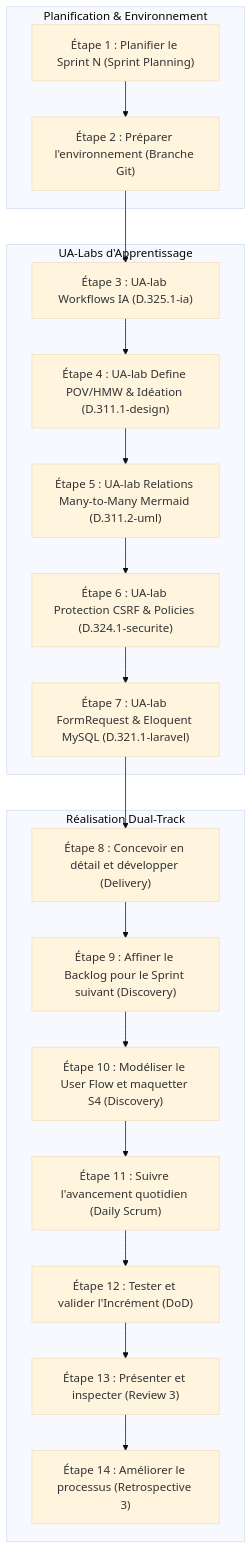
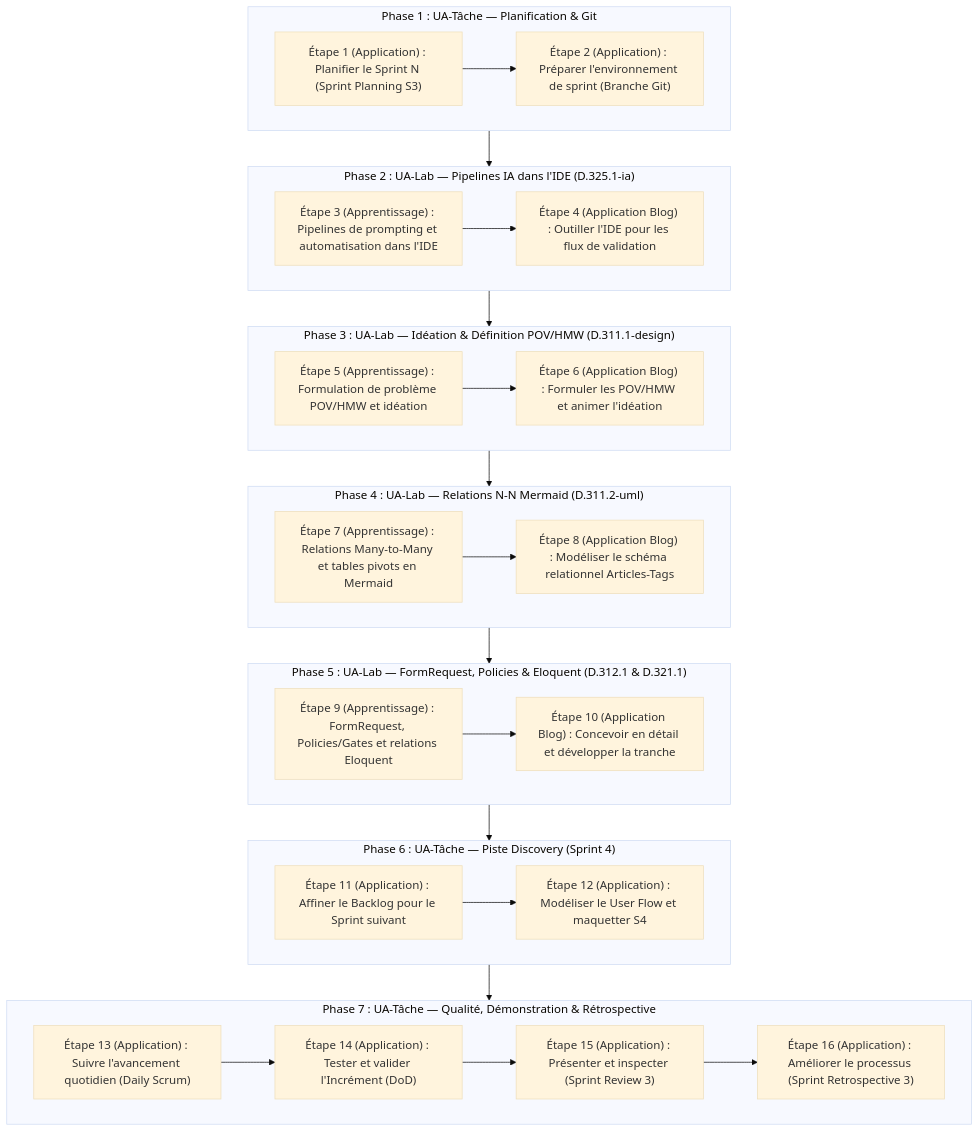
Before and after one commit to labs-web/projet-imiation-n3: the diagram in flux-travail/sessions/flux-travail-s3.md, drawn with Mermaid (base theme). The commit also changed other lines of this file and 12 other files, not shown here.

````diff
--- a/flux-travail/sessions/flux-travail-s3.md
+++ b/flux-travail/sessions/flux-travail-s3.md
@@ -62,24 +60,48 @@
 ```mermaid
 flowchart TD
-    subgraph S3_Prep ["Planification & Environnement"]
-        R1["Étape 1 : Planifier le Sprint N (Sprint Planning)"] --> R2["Étape 2 : Préparer l'environnement (Branche Git)"]
+    subgraph P1 ["Phase 1 : UA-Tâche — Planification & Git"]
+        E1["Étape 1 (Application) : Planifier le Sprint N (Sprint Planning S3)"]
+        E2["Étape 2 (Application) : Préparer l'environnement de sprint (Branche Git)"]
+        E1 --> E2
     end
 
-    subgraph S3_Labs ["UA-Labs d'Apprentissage"]
-        R2 --> U1["Étape 3 : UA-lab Workflows IA (D.325.1-ia)"]
-        U1 --> U2["Étape 4 : UA-lab Define POV/HMW & Idéation (D.311.1-design)"]
-        U2 --> U3["Étape 5 : UA-lab Relations Many-to-Many Mermaid (D.311.2-uml)"]
-        U3 --> U4["Étape 6 : UA-lab Protection CSRF & Policies (D.324.1-securite)"]
-        U4 --> U5["Étape 7 : UA-lab FormRequest & Eloquent MySQL (D.321.1-laravel)"]
+    subgraph P2 ["Phase 2 : UA-Lab — Pipelines IA dans l'IDE (D.325.1-ia)"]
+        E3["Étape 3 (Apprentissage) : Pipelines de prompting et automatisation dans l'IDE"]
+        E4["Étape 4 (Application Blog) : Outiller l'IDE pour les flux de validation"]
+        E3 --> E4
     end
 
-    subgraph S3_Real ["Réalisation Dual-Track"]
-        U5 --> R3["Étape 8 : Concevoir en détail et développer (Delivery)"]
-        R3 --> R4["Étape 9 : Affiner le Backlog pour le Sprint suivant (Discovery)"]
-        R4 --> R5["Étape 10 : Modéliser le User Flow et maquetter S4 (Discovery)"]
-        R5 --> R6["Étape 11 : Suivre l'avancement quotidien (Daily Scrum)"]
-        R6 --> R7["Étape 12 : Tester et valider l'Incrément (DoD)"]
-        R7 --> R8["Étape 13 : Présenter et inspecter (Review 3)"]
-        R8 --> R9["Étape 14 : Améliorer le processus (Retrospective 3)"]
+    subgraph P3 ["Phase 3 : UA-Lab — Idéation & Définition POV/HMW (D.311.1-design)"]
+        E5["Étape 5 (Apprentissage) : Formulation de problème POV/HMW et idéation"]
+        E6["Étape 6 (Application Blog) : Formuler les POV/HMW et animer l'idéation"]
+        E5 --> E6
     end
+
+    subgraph P4 ["Phase 4 : UA-Lab — Relations N-N Mermaid (D.311.2-uml)"]
+        E7["Étape 7 (Apprentissage) : Relations Many-to-Many et tables pivots en Mermaid"]
+        E8["Étape 8 (Application Blog) : Modéliser le schéma relationnel Articles-Tags"]
+        E7 --> E8
+    end
+
+    subgraph P5 ["Phase 5 : UA-Lab — FormRequest, Policies & Eloquent (D.312.1 & D.321.1)"]
+        E9["Étape 9 (Apprentissage) : FormRequest, Policies/Gates et relations Eloquent"]
+        E10["Étape 10 (Application Blog) : Concevoir en détail et développer la tranche"]
+        E9 --> E10
+    end
+
+    subgraph P6 ["Phase 6 : UA-Tâche — Piste Discovery (Sprint 4)"]
+        E11["Étape 11 (Application) : Affiner le Backlog pour le Sprint suivant"]
+        E12["Étape 12 (Application) : Modéliser le User Flow et maquetter S4"]
+        E11 --> E12
+    end
+
+    subgraph P7 ["Phase 7 : UA-Tâche — Qualité, Démonstration & Rétrospective"]
+        E13["Étape 13 (Application) : Suivre l'avancement quotidien (Daily Scrum)"]
+        E14["Étape 14 (Application) : Tester et valider l'Incrément (DoD)"]
+        E15["Étape 15 (Application) : Présenter et inspecter (Sprint Review 3)"]
+        E16["Étape 16 (Application) : Améliorer le processus (Sprint Retrospective 3)"]
+        E13 --> E14 --> E15 --> E16
+    end
+
+    P1 --> P2 --> P3 --> P4 --> P5 --> P6 --> P7
 ```
````
